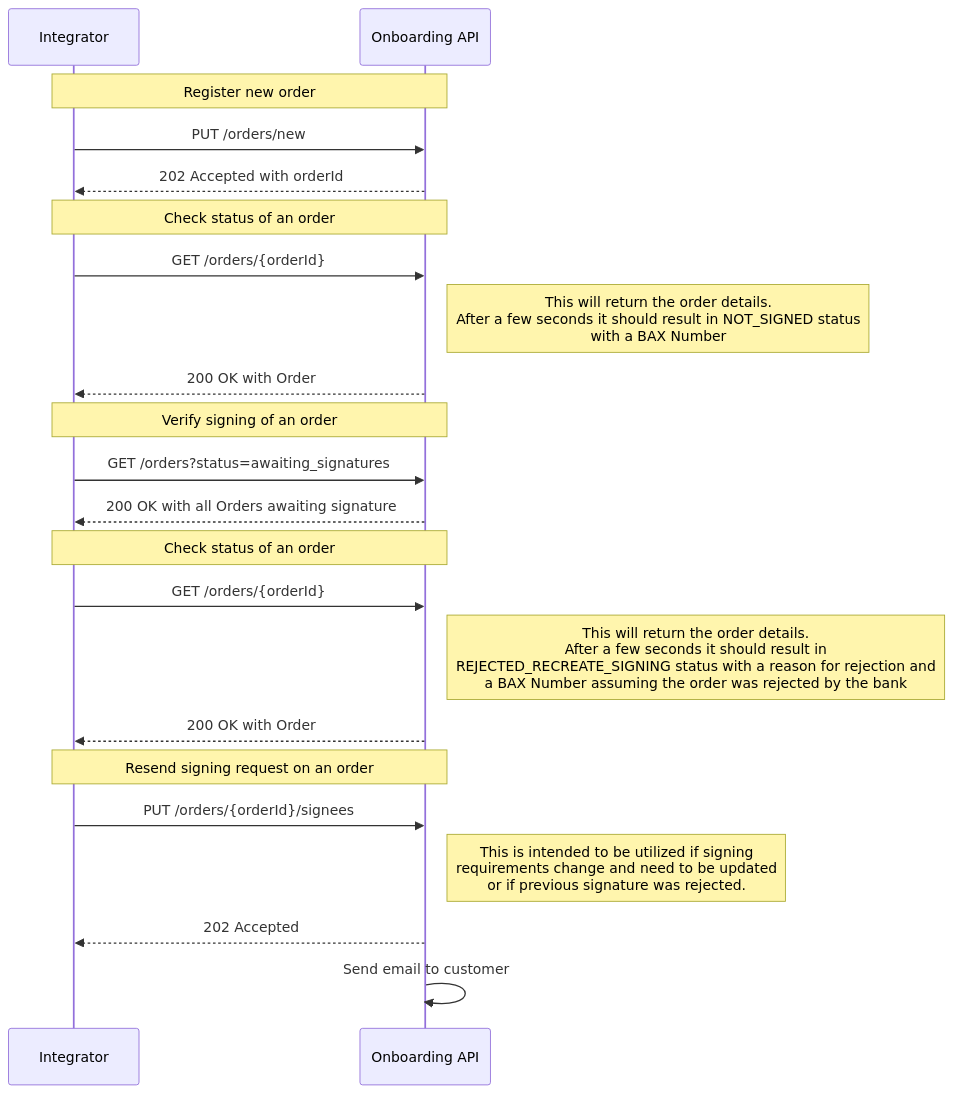
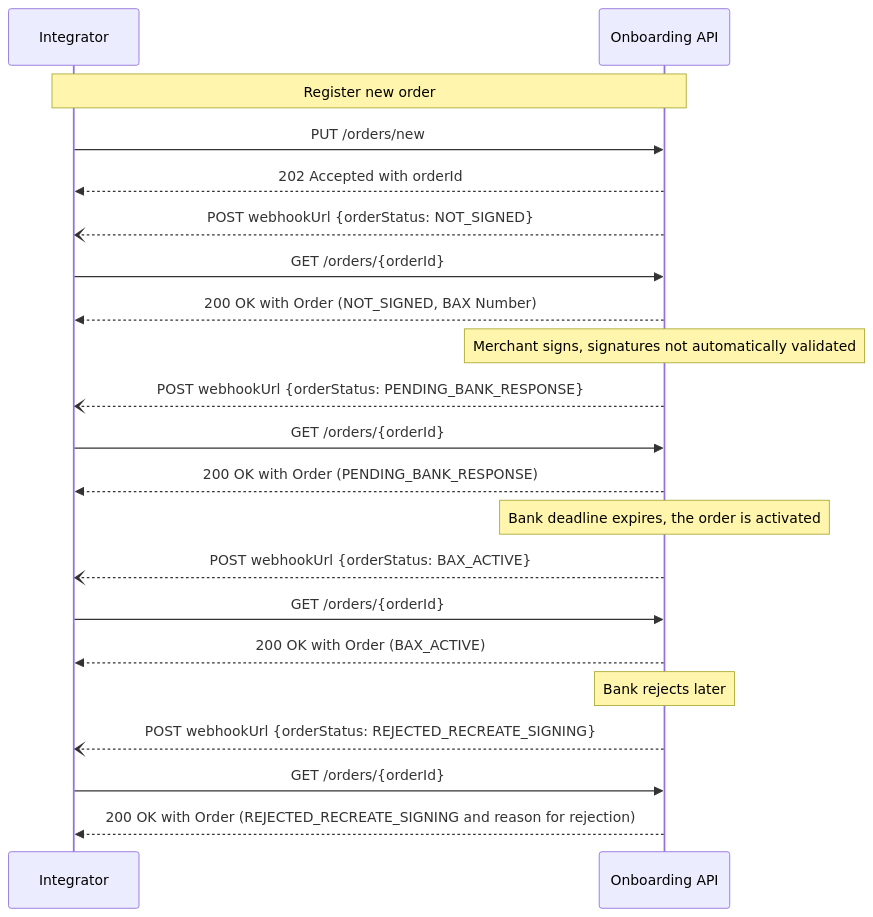
The sixth of 9 diagrams in docs/prod_flows.md (BankAxept/bankaxept-onboarding-external-documentation), drawn with Mermaid before and after one commit. The commit also changed other lines of this file and 6 other files, not shown here.

First line of the commit message:
Link from the introduction flowchart to the prod/test flows (#48)

````diff
--- a/docs/prod_flows.md
+++ b/docs/prod_flows.md
@@ -31,30 +153,28 @@
-```mermaid
-sequenceDiagram
-participant I as Integrator
-participant O as Onboarding API
+    ```mermaid
+    sequenceDiagram
+    participant I as Integrator
+    participant O as Onboarding API
 
-note over I, O: Register new order
-I ->> O: PUT /orders/new
-O -->> I: 202 Accepted with orderId
+    note over I, O: Register new order
+    I ->> O: PUT /orders/new
+    O -->> I: 202 Accepted with orderId
 
-note over I, O: Check status of an order
-I ->> O : GET /orders/{orderId}
-note right of O: This will return the order details. <br/> After a few seconds it should result in NOT_SIGNED status <br/> with a BAX Number
-O -->> I: 200 OK with Order
+    O --) I: POST webhookUrl {orderStatus: NOT_SIGNED}
+    I ->> O : GET /orders/{orderId}
+    O -->> I: 200 OK with Order (NOT_SIGNED, BAX Number)
 
-note over I, O: Verify signing of an order
-I ->> O: GET /orders?status=awaiting_signatures
-O -->> I: 200 OK with all Orders awaiting signature
+    note over O: Merchant signs, signatures not automatically validated
+    O --) I: POST webhookUrl {orderStatus: PENDING_BANK_RESPONSE}
+    I ->> O : GET /orders/{orderId}
+    O -->> I: 200 OK with Order (PENDING_BANK_RESPONSE)
 
-note over I, O: Check status of an order
-I ->> O : GET /orders/{orderId}
-note right of O: This will return the order details. <br/> After a few seconds it should result in <br/> REJECTED_RECREATE_SIGNING status with a reason for rejection and <br/> a BAX Number assuming the order was rejected by the bank
-O -->> I: 200 OK with Order
+    note over O: Bank deadline expires, the order is activated
+    O --) I: POST webhookUrl {orderStatus: BAX_ACTIVE}
+    I ->> O : GET /orders/{orderId}
+    O -->> I: 200 OK with Order (BAX_ACTIVE)
 
-note over I, O: Resend signing request on an order
-I ->> O: PUT /orders/{orderId}/signees
-note right of O: This is intended to be utilized if signing <br/> requirements change and need to be updated <br/> or if previous signature was rejected.
-
-O -->> I: 202 Accepted
-O ->> O: Send email to customer
-```
+    note over O: Bank rejects later
+    O --) I: POST webhookUrl {orderStatus: REJECTED_RECREATE_SIGNING}
+    I ->> O : GET /orders/{orderId}
+    O -->> I: 200 OK with Order (REJECTED_RECREATE_SIGNING and reason for rejection)
+    ```
````
